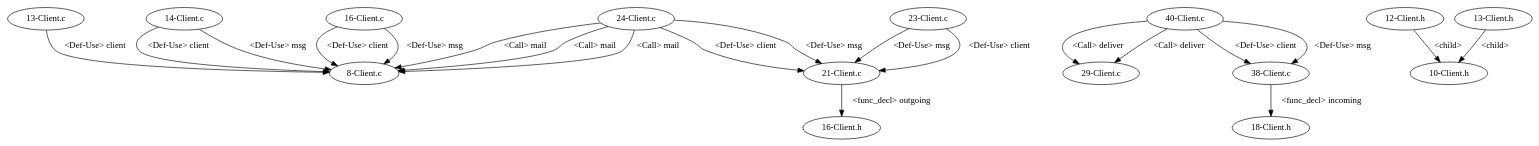
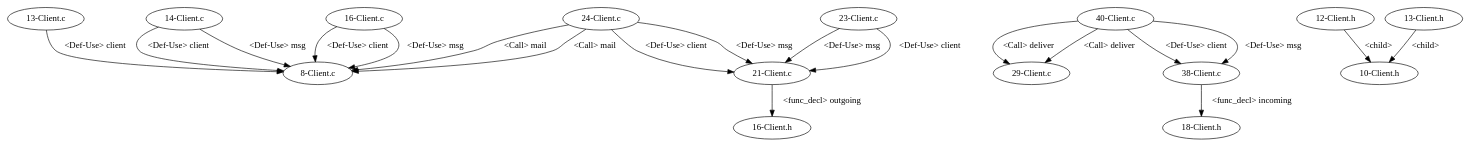
The diagram in testcpp/dependencyGraph/EmailSystem/test_12/graph.gv (shuiblue/JDimeForCpp), drawn with Graphviz before and after one commit. The commit also changed 6 other files, not shown here.

```diff
--- a/testcpp/dependencyGraph/EmailSystem/test_12/graph.gv
+++ b/testcpp/dependencyGraph/EmailSystem/test_12/graph.gv
@@ -1,37 +1,36 @@
 digraph {
 22 [label = "8-Client.c"];
 23 [label = "13-Client.c"];
 23 -> 22[label="<Def-Use> client"];
 24 [label = "14-Client.c"];
 24 -> 22[label="<Def-Use> client"];
 24 -> 22[label="<Def-Use> msg"];
 25 [label = "16-Client.c"];
 25 -> 22[label="<Def-Use> client"];
 25 -> 22[label="<Def-Use> msg"];
 26 [label = "21-Client.c"];
 27 [label = "23-Client.c"];
 27 -> 26[label="<Def-Use> msg"];
 27 -> 26[label="<Def-Use> client"];
 28 [label = "24-Client.c"];
 28 -> 22[label="<Call> mail"];
 28 -> 26[label="<Def-Use> client"];
 28 -> 26[label="<Def-Use> msg"];
 29 [label = "29-Client.c"];
 30 [label = "38-Client.c"];
 31 [label = "40-Client.c"];
 31 -> 29[label="<Call> deliver"];
 31 -> 30[label="<Def-Use> client"];
 31 -> 30[label="<Def-Use> msg"];
 32 [label = "10-Client.h"];
 33 [label = "12-Client.h"];
 34 [label = "13-Client.h"];
+34 -> 32[label="<child>"];
 33 -> 32[label="<child>"];
-34 -> 32[label="<child>"];
 35 [label = "16-Client.h"];
 36 [label = "18-Client.h"];
-28 -> 22[label="<Call> mail"];
 31 -> 29[label="<Call> deliver"];
 28 -> 22[label="<Call> mail"];
+26 -> 35[label="<func_decl> outgoing"];
 30 -> 36[label="<func_decl> incoming"];
-26 -> 35[label="<func_decl> outgoing"];
 }
```
